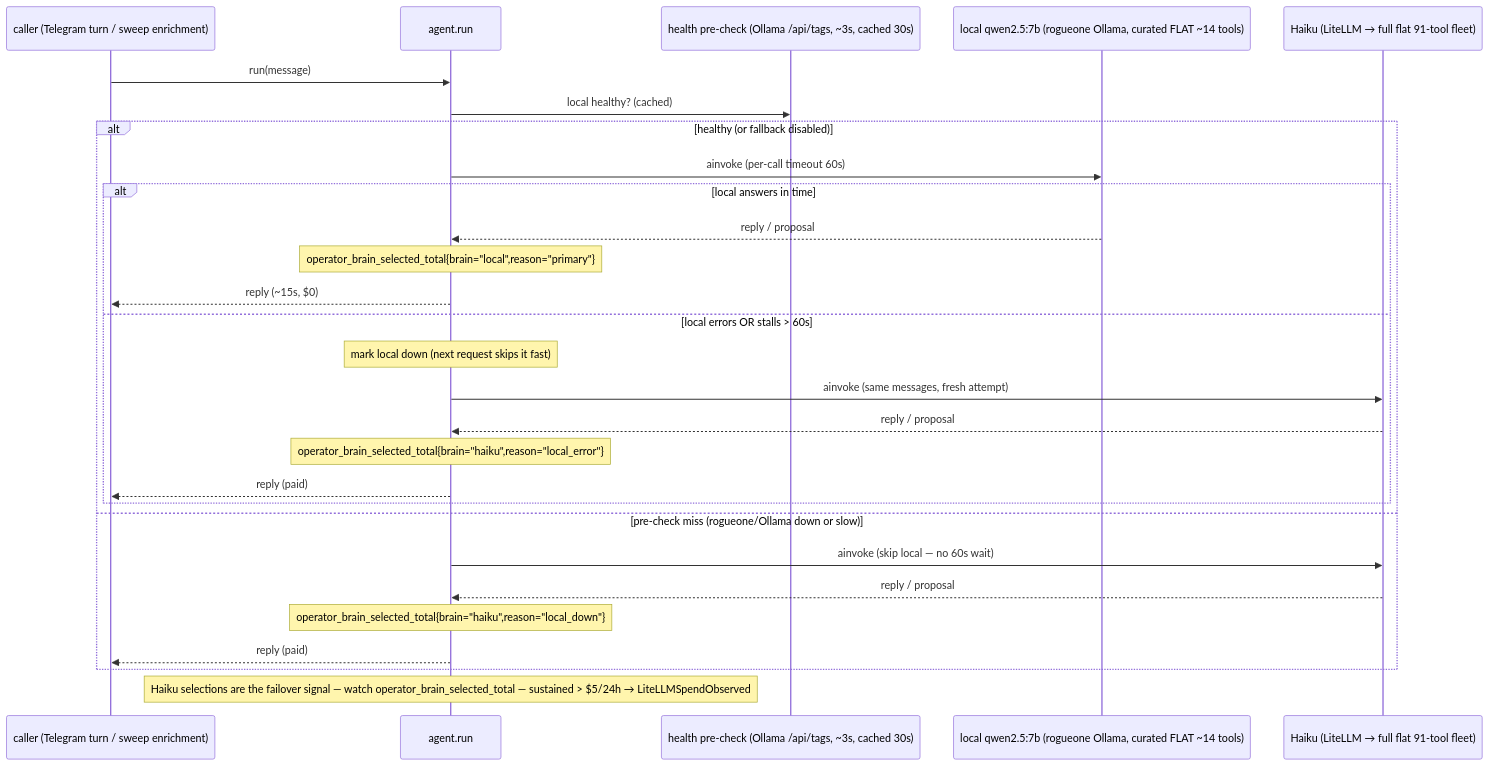
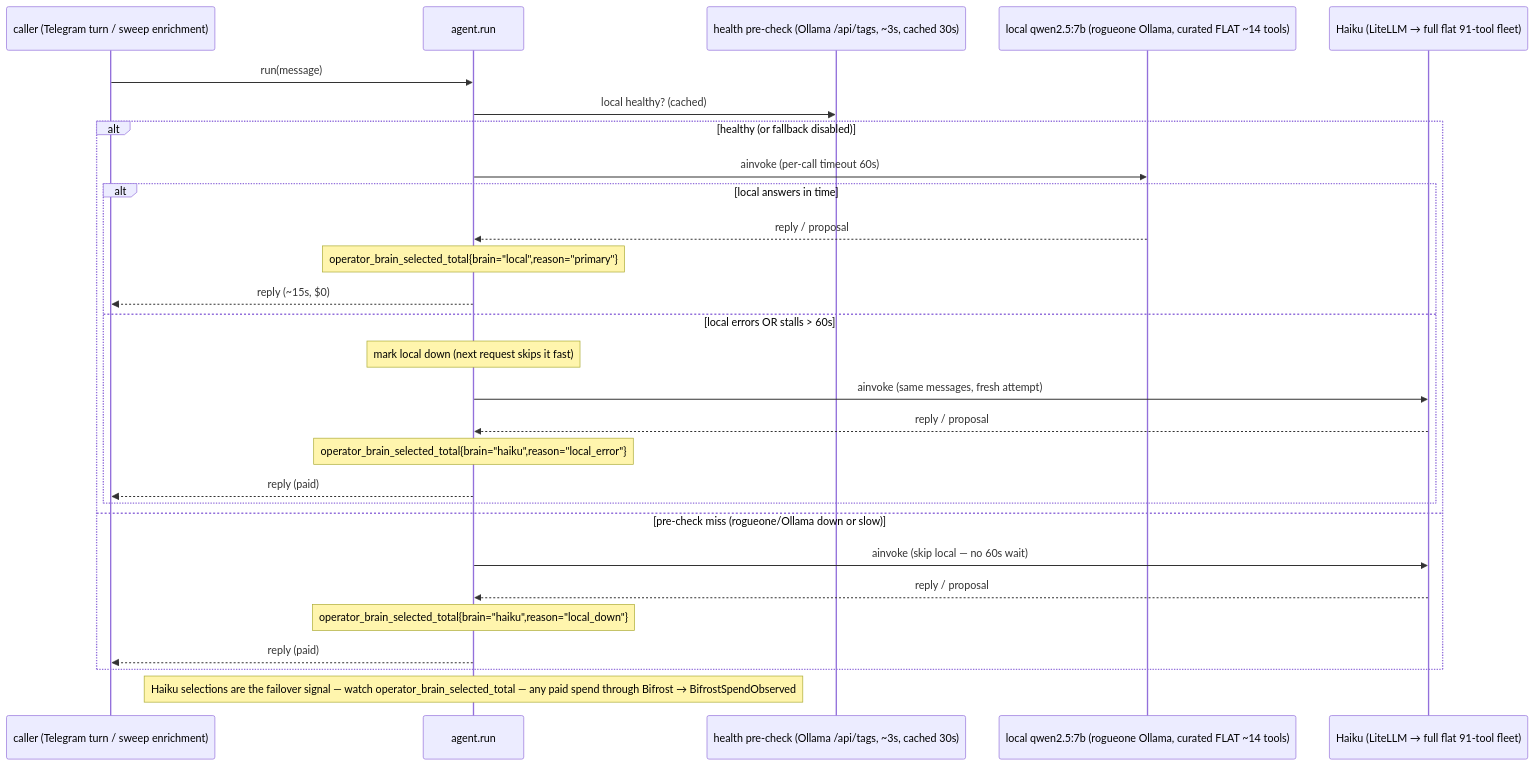
One commit to edtbl76/weyland-lab changed the diagram in docs/diagrams/flow-operator-brain.md. Above: the diagram before and after it, drawn with Mermaid. The commit also changed other lines of this file and 11 other files, not shown here.

````diff
--- a/docs/diagrams/flow-operator-brain.md
+++ b/docs/diagrams/flow-operator-brain.md
@@ -13,30 +16,30 @@
 ```mermaid
 sequenceDiagram
     participant C as caller (Telegram turn / sweep enrichment)
     participant R as agent.run
     participant H as health pre-check (Ollama /api/tags, ~3s, cached 30s)
     participant Lo as local qwen2.5:7b (rogueone Ollama, curated FLAT ~14 tools)
     participant Ha as Haiku (LiteLLM → full flat 91-tool fleet)
     C->>R: run(message)
     R->>H: local healthy? (cached)
     alt healthy (or fallback disabled)
         R->>Lo: ainvoke (per-call timeout 60s)
         alt local answers in time
             Lo-->>R: reply / proposal
             Note over R: operator_brain_selected_total{brain="local",reason="primary"}
             R-->>C: reply (~15s, $0)
         else local errors OR stalls > 60s
             Note over R: mark local down (next request skips it fast)
             R->>Ha: ainvoke (same messages, fresh attempt)
             Ha-->>R: reply / proposal
             Note over R: operator_brain_selected_total{brain="haiku",reason="local_error"}
             R-->>C: reply (paid)
         end
     else pre-check miss (rogueone/Ollama down or slow)
         R->>Ha: ainvoke (skip local — no 60s wait)
         Ha-->>R: reply / proposal
         Note over R: operator_brain_selected_total{brain="haiku",reason="local_down"}
         R-->>C: reply (paid)
     end
-    Note over R: Haiku selections are the failover signal — watch operator_brain_selected_total — sustained > $5/24h → LiteLLMSpendObserved
+    Note over R: Haiku selections are the failover signal — watch operator_brain_selected_total — any paid spend through Bifrost → BifrostSpendObserved
 ```
````
